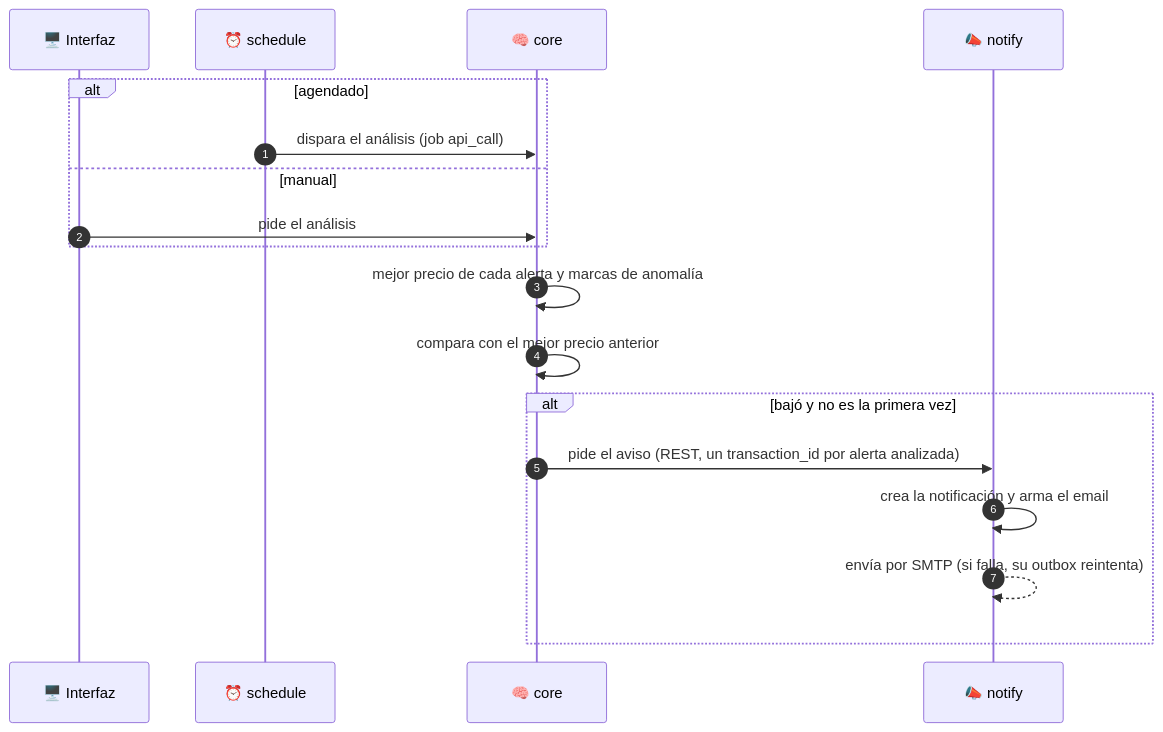
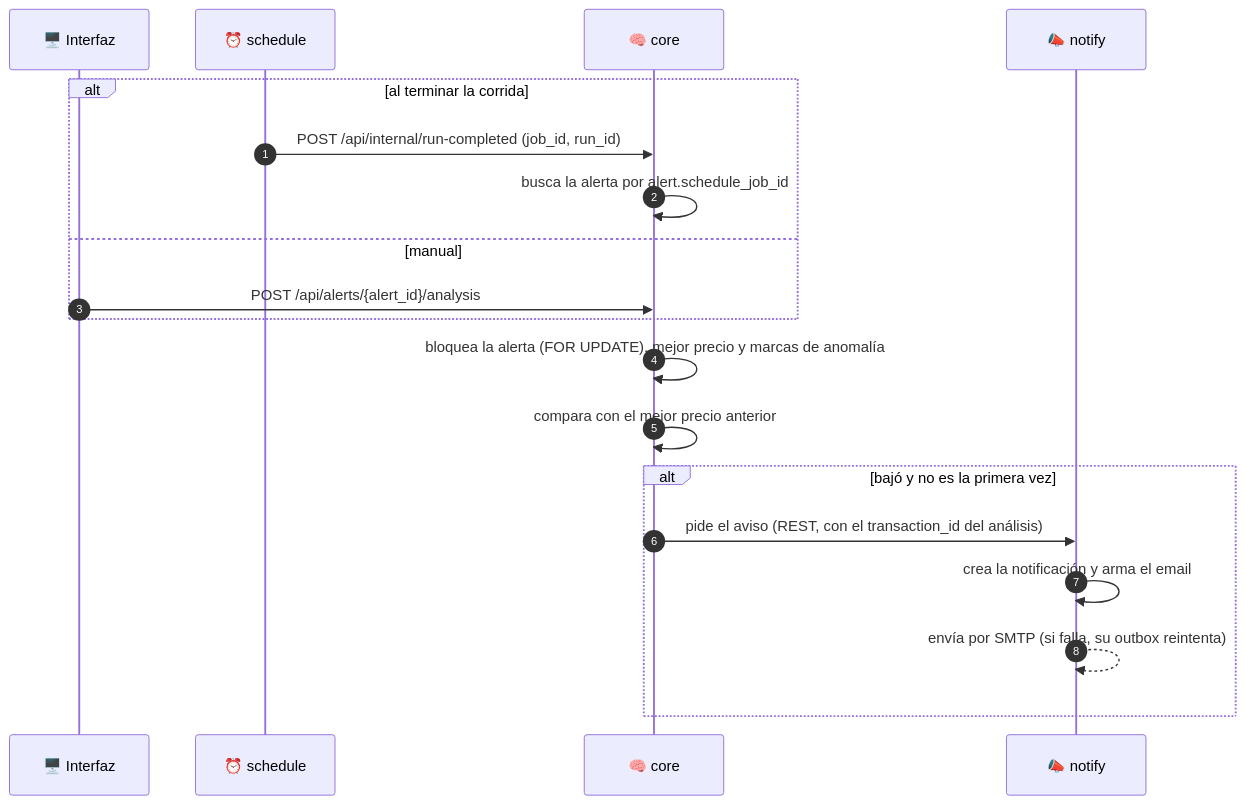
Before and after one commit to vida-I-found-it/architecture: the second of 6 diagrams in _docs/architecture/scraping-flow.md, drawn with Mermaid. The commit also changed other lines of this file and 12 other files, not shown here.

````diff
--- a/_docs/architecture/scraping-flow.md
+++ b/_docs/architecture/scraping-flow.md
@@ -65,21 +65,22 @@
 ```mermaid
 sequenceDiagram
     autonumber
     participant UI as 🖥️ Interfaz
     participant SC as ⏰ schedule
     participant CO as 🧠 core
     participant NT as 📣 notify
 
-    alt agendado
-        SC->>CO: dispara el análisis (job api_call)
+    alt al terminar la corrida
+        SC->>CO: POST /api/internal/run-completed (job_id, run_id)
+        CO->>CO: busca la alerta por alert.schedule_job_id
     else manual
-        UI->>CO: pide el análisis
+        UI->>CO: POST /api/alerts/{alert_id}/analysis
     end
-    CO->>CO: mejor precio de cada alerta y marcas de anomalía
+    CO->>CO: bloquea la alerta (FOR UPDATE), mejor precio y marcas de anomalía
     CO->>CO: compara con el mejor precio anterior
     alt bajó y no es la primera vez
-        CO->>NT: pide el aviso (REST, un transaction_id por alerta analizada)
+        CO->>NT: pide el aviso (REST, con el transaction_id del análisis)
         NT->>NT: crea la notificación y arma el email
         NT-->>NT: envía por SMTP (si falla, su outbox reintenta)
     end
 ```
````
